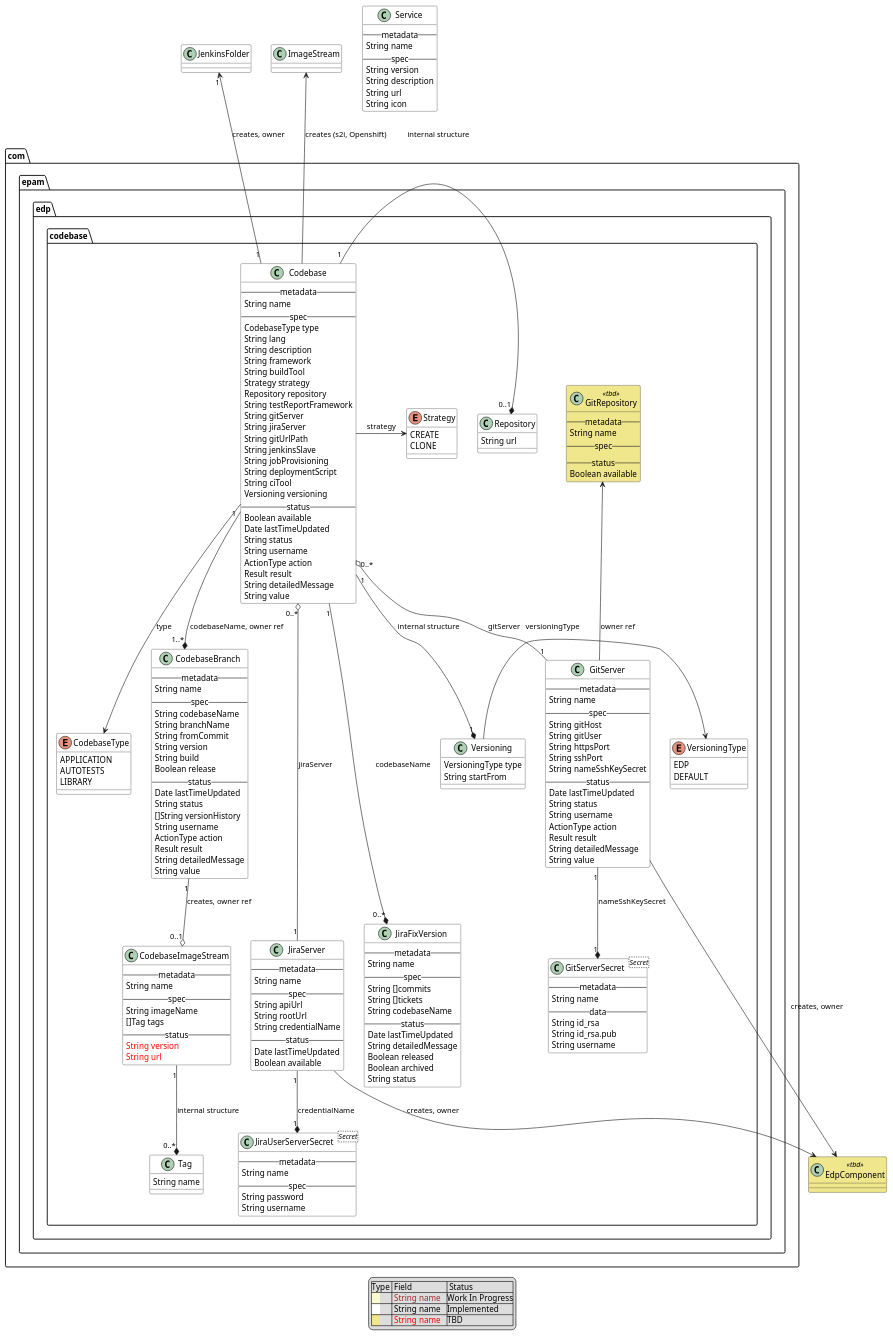
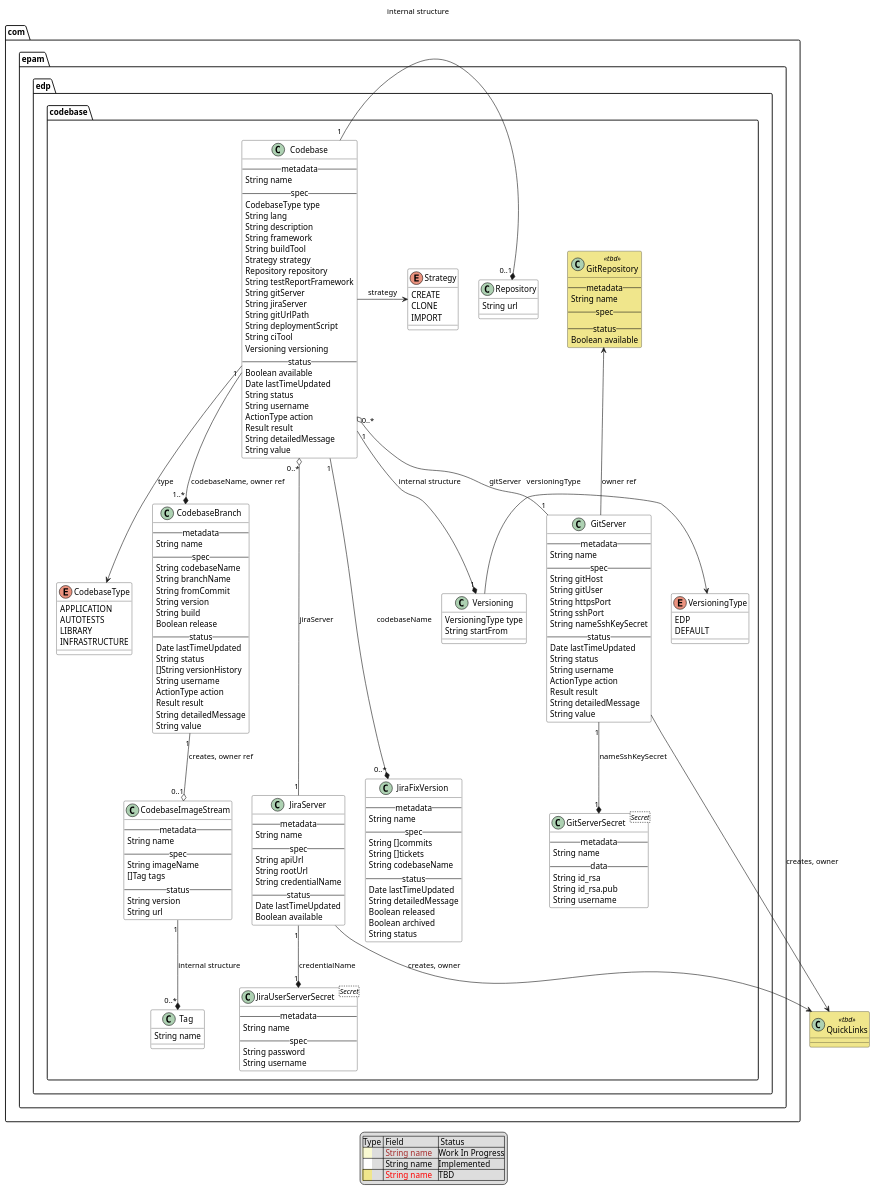
One commit to epam/edp-codebase-operator changed the diagram in docs/puml/arch.puml. Above: the diagram before and after it, drawn with PlantUML. The commit also changed 14 other files, not shown here.

```diff
--- a/docs/puml/arch.puml
+++ b/docs/puml/arch.puml
@@ -2,8 +2,8 @@
 
 skinparam class {
     BackgroundColor #white
-	BackgroundColor<<wip>> LightGoldenRodYellow
-	BackgroundColor<<tbd>> Khaki
+    BackgroundColor<<wip>> LightGoldenRodYellow
+    BackgroundColor<<tbd>> Khaki
 }
 
 package com.epam.edp.codebase {
@@ -23,8 +23,6 @@
         String gitServer
         String jiraServer
         String gitUrlPath
-        String jenkinsSlave
-        String jobProvisioning
         String deploymentScript
         String ciTool
         Versioning versioning
@@ -43,6 +41,7 @@
   enum Strategy {
     CREATE
     CLONE
+    IMPORT
   }
 
   Codebase --> CodebaseType : type
@@ -50,6 +49,7 @@
     APPLICATION
     AUTOTESTS
     LIBRARY
+    INFRASTRUCTURE
   }
 
   Versioning -> VersioningType : versioningType
@@ -99,8 +99,8 @@
         String imageName
         []Tag tags
     -- status --
-        <color red>String version</color>
-        <color red>String url</color>
+        String version
+        String url
   }
 
   CodebaseImageStream "1" --* "0..*" Tag : internal structure
@@ -186,23 +186,11 @@
   }
 }
 
-class Service {
-    -- metadata --
-    String name
-    -- spec --
-    String version
-    String description
-    String url
-    String icon
+class QuickLinks <<tbd>> {
 }
 
-class EdpComponent <<tbd>> {
-}
-
-GitServer --> EdpComponent : creates, owner
-JiraServer --> EdpComponent : creates, owner
-Codebase -u-> ImageStream : creates (s2i, Openshift)
-Codebase "1" -u-> "1" JenkinsFolder : creates, owner
+GitServer --> QuickLinks : creates, owner
+JiraServer --> QuickLinks : creates, owner
 
 legend
 |Type | Field | Status |
@@ -211,5 +199,4 @@
 |<back:Khaki>    </back>| <color red>String name</color>|TBD |
 endlegend
 
-
 @enduml
```
